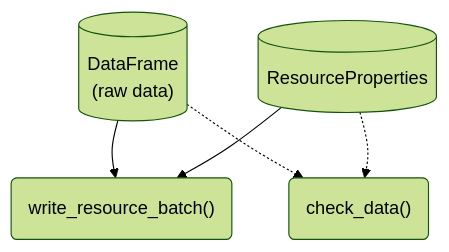
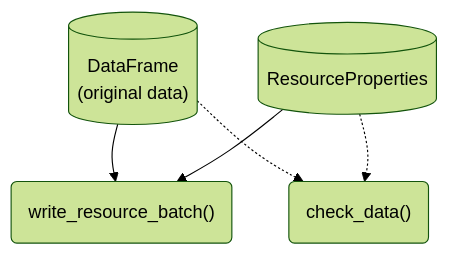
The seventh of 8 diagrams in docs/design/interface/flows.qmd (signekb/seedcase-sprout), drawn with Mermaid (forest theme) before and after one commit. The commit also changed other lines of this file and 1 other file, not shown here.

First line of the commit message:
docs: :building_construction: add flow diagram for extracting resource properties (#1160)

````diff
--- a/docs/design/interface/flows.qmd
+++ b/docs/design/interface/flows.qmd
@@ -191,15 +228,15 @@
 ```{mermaid}
-%%| label: fig-flow-save-raw-data-to-batch
-%%| fig-cap: "Diagram showing the flow of objects and functions to save new, added, or modified raw data to a batch."
-%%| fig-alt: "A flow diagram showing the steps to save new, added, or modified raw data to a batch."
+%%| label: fig-flow-save-data-to-batch
+%%| fig-cap: "Diagram showing the flow of objects and functions to save new, added, or modified data to a batch."
+%%| fig-alt: "A flow diagram showing the steps to save new, added, or modified data to a batch."
 flowchart
-    raw_data[("DataFrame<br>(raw data)")]
+    data[("DataFrame<br>(original data)")]
     resource_properties[(ResourceProperties)]
     write_resource_batch("write_resource_batch()")
     check_data("check_data()")
 
-    raw_data --> write_resource_batch
+    data --> write_resource_batch
     resource_properties --> write_resource_batch
-    raw_data -.-> check_data
+    data -.-> check_data
     resource_properties -.-> check_data
 ```
````
